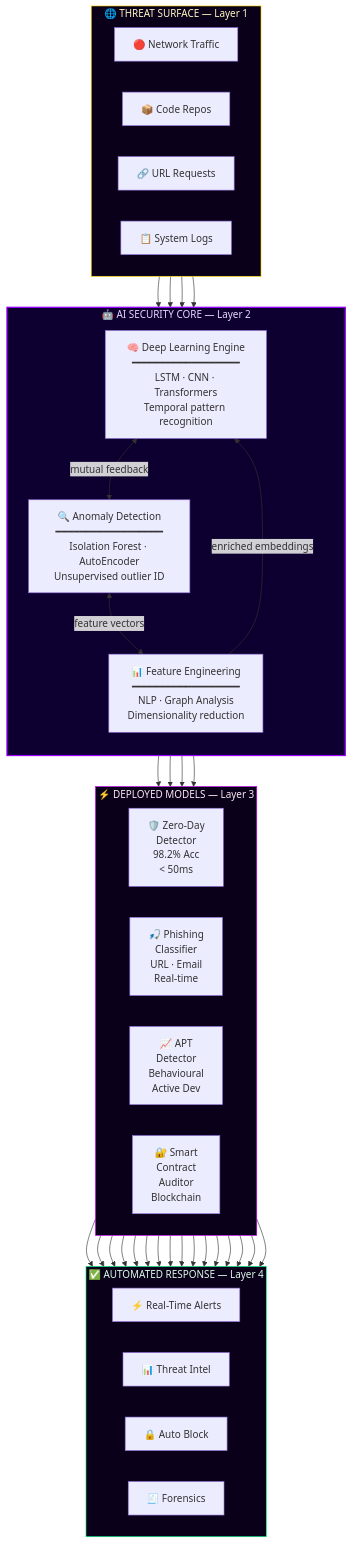
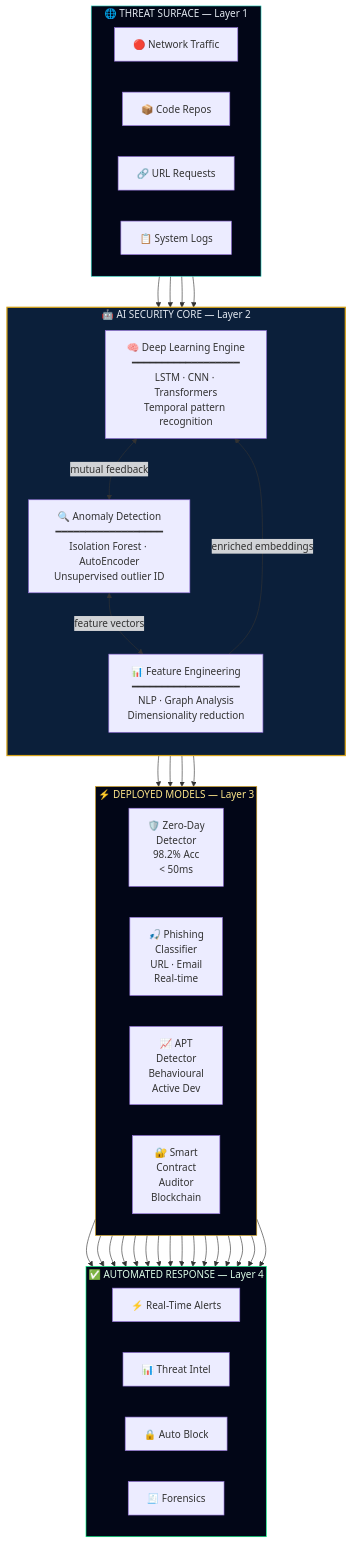
One commit to LuthandoCandlovu/LuthandoCandlovu changed the third of 7 diagrams in README.md. Above: the diagram before and after it, drawn with Mermaid. The commit also changed other lines of this file, not shown here.

````diff
--- a/README.md
+++ b/README.md
@@ -398,45 +624,45 @@
 ```mermaid
 graph TB
     subgraph INGEST["🌐 THREAT SURFACE — Layer 1"]
         direction LR
         A["🔴 Network Traffic"]
         B["📦 Code Repos"]
         C["🔗 URL Requests"]
         D["📋 System Logs"]
     end
 
     subgraph CORE["🤖 AI SECURITY CORE — Layer 2"]
         direction TB
         E["🧠 Deep Learning Engine<br/>━━━━━━━━━━━━━━━━━━<br/>LSTM · CNN · Transformers<br/>Temporal pattern recognition"]
         F["🔍 Anomaly Detection<br/>━━━━━━━━━━━━━━━━━━<br/>Isolation Forest · AutoEncoder<br/>Unsupervised outlier ID"]
         G["📊 Feature Engineering<br/>━━━━━━━━━━━━━━━━━━<br/>NLP · Graph Analysis<br/>Dimensionality reduction"]
         E <-->|"mutual feedback"| F
         F <-->|"feature vectors"| G
         G -->|"enriched embeddings"| E
     end
 
     subgraph MODELS["⚡ DEPLOYED MODELS — Layer 3"]
         direction LR
         H["🛡️ Zero-Day<br/>Detector<br/>98.2% Acc<br/>< 50ms"]
         I["🎣 Phishing<br/>Classifier<br/>URL · Email<br/>Real-time"]
         J["📈 APT<br/>Detector<br/>Behavioural<br/>Active Dev"]
         K["🔐 Smart<br/>Contract<br/>Auditor<br/>Blockchain"]
     end
 
     subgraph RESPONSE["✅ AUTOMATED RESPONSE — Layer 4"]
         direction LR
         L["⚡ Real-Time Alerts"]
         M["📊 Threat Intel"]
         N["🔒 Auto Block"]
         O["🧾 Forensics"]
     end
 
     A & B & C & D --> CORE
     CORE --> H & I & J & K
     H & I & J & K --> L & M & N & O
 
-    style CORE fill:#0d0030,stroke:#9900ff,stroke-width:2px,color:#e9d5ff
-    style INGEST fill:#0a001a,stroke:#FFD700,stroke-width:1px,color:#fef9c3
-    style MODELS fill:#0a001a,stroke:#cc00ff,stroke-width:1px,color:#fce7f3
-    style RESPONSE fill:#0a001a,stroke:#00ff88,stroke-width:1px,color:#dcfce7
+    style CORE fill:#0b1f3a,stroke:#d4a017,stroke-width:2px,color:#e2e8f0
+    style INGEST fill:#020617,stroke:#2dd4bf,stroke-width:1px,color:#e2e8f0
+    style MODELS fill:#020617,stroke:#d4a017,stroke-width:1px,color:#fde68a
+    style RESPONSE fill:#020617,stroke:#00ff88,stroke-width:1px,color:#dcfce7
 ```
````
